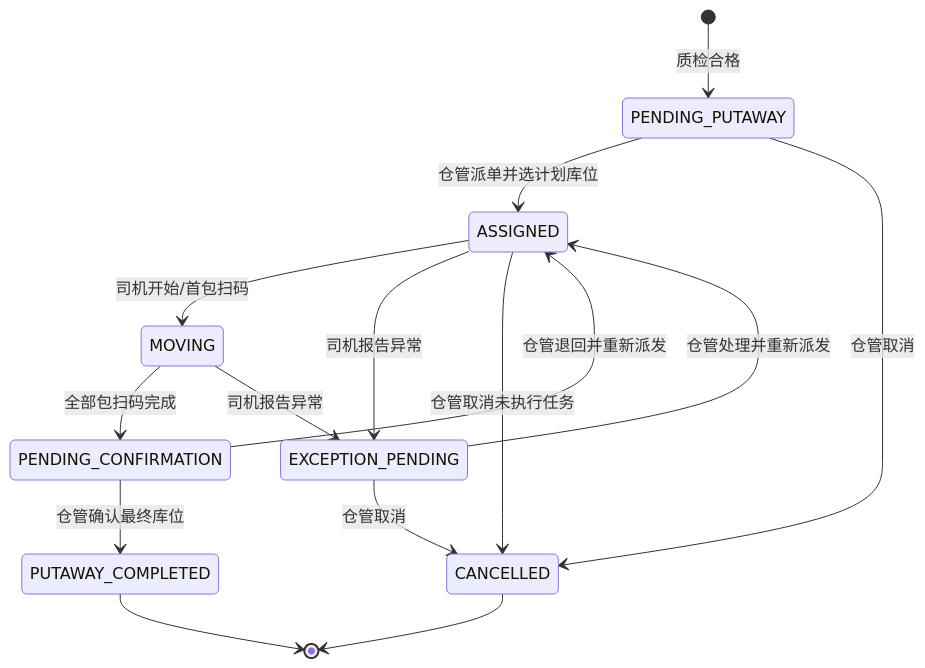
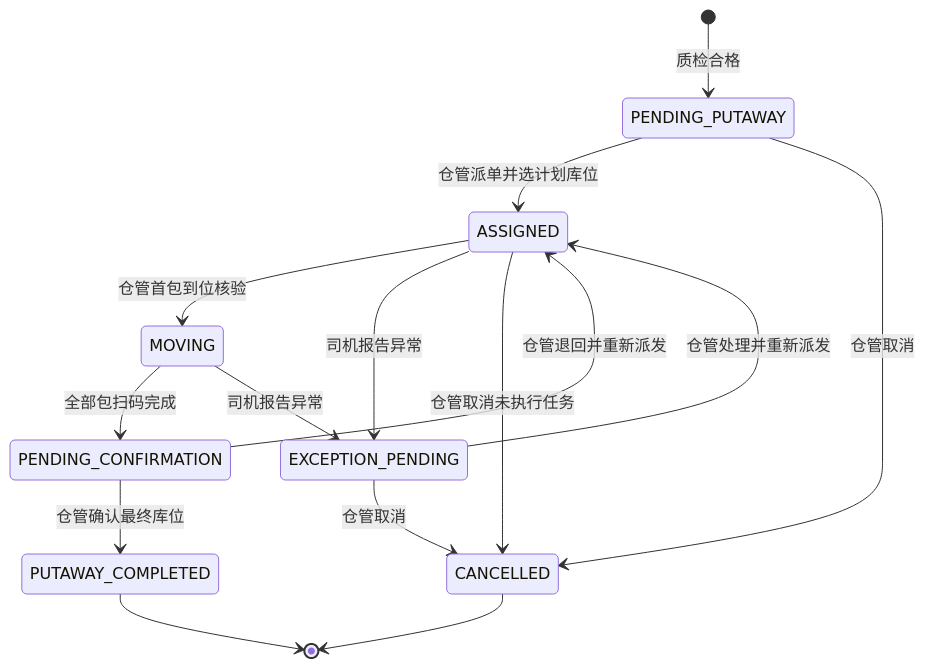
One commit to Ring0321/rd-production-inventory-erp changed the diagram in docs/入库上架状态机与角色权限规格.md. Above: the diagram before and after it, drawn with Mermaid. The commit also changed other lines of this file and 11 other files, not shown here.

````diff
--- a/docs/入库上架状态机与角色权限规格.md
+++ b/docs/入库上架状态机与角色权限规格.md
@@ -52,17 +52,17 @@
 ```mermaid
 stateDiagram-v2
     [*] --> PENDING_PUTAWAY: 质检合格
     PENDING_PUTAWAY --> ASSIGNED: 仓管派单并选计划库位
     PENDING_PUTAWAY --> CANCELLED: 仓管取消
-    ASSIGNED --> MOVING: 司机开始/首包扫码
+    ASSIGNED --> MOVING: 仓管首包到位核验
     ASSIGNED --> EXCEPTION_PENDING: 司机报告异常
     ASSIGNED --> CANCELLED: 仓管取消未执行任务
     MOVING --> PENDING_CONFIRMATION: 全部包扫码完成
     MOVING --> EXCEPTION_PENDING: 司机报告异常
     EXCEPTION_PENDING --> ASSIGNED: 仓管处理并重新派发
     EXCEPTION_PENDING --> CANCELLED: 仓管取消
     PENDING_CONFIRMATION --> ASSIGNED: 仓管退回并重新派发
     PENDING_CONFIRMATION --> PUTAWAY_COMPLETED: 仓管确认最终库位
     PUTAWAY_COMPLETED --> [*]
     CANCELLED --> [*]
 ```
````
